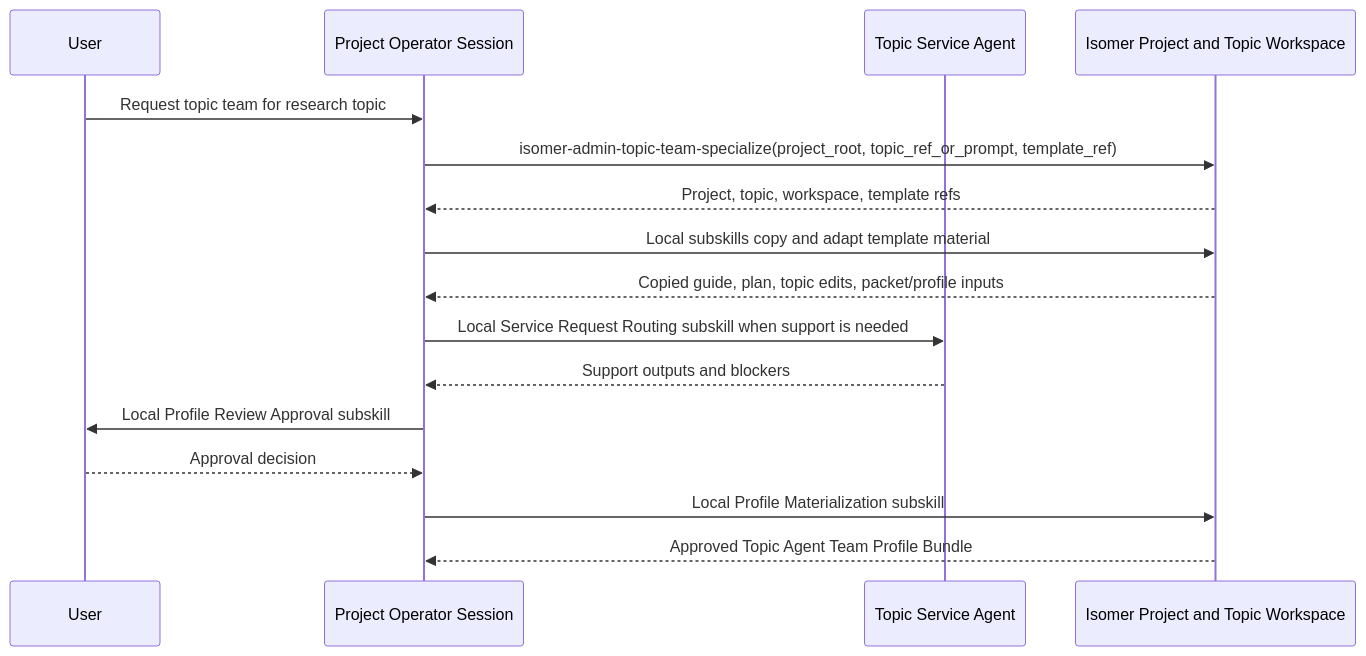
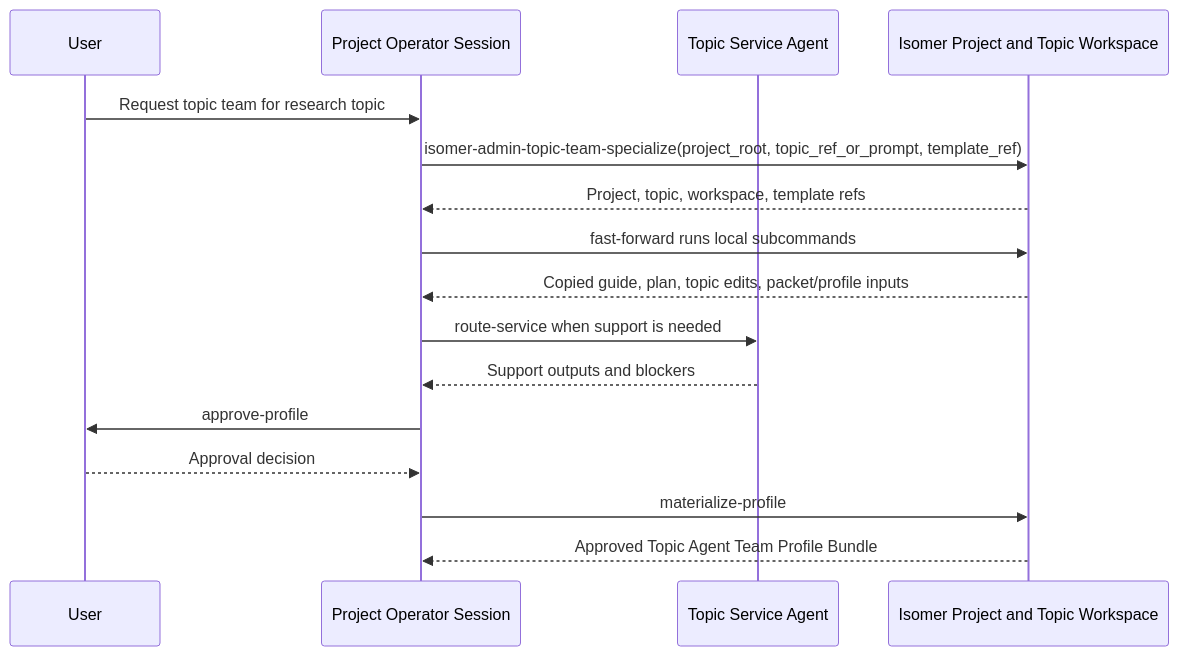
One commit to CodeGandee/isomer-labs changed the first of 2 diagrams in skillset/operator/README.md. Above: the diagram before and after it, drawn with Mermaid. The commit also changed other lines of this file and 20 other files, not shown here.

````diff
--- a/skillset/operator/README.md
+++ b/skillset/operator/README.md
@@ -21,19 +22,19 @@
 ```mermaid
 sequenceDiagram
     participant User
     participant Operator as Project Operator Session
     participant Service as Topic Service Agent
     participant Store as Isomer Project and Topic Workspace
 
     User->>Operator: Request topic team for research topic
     Operator->>Store: isomer-admin-topic-team-specialize(project_root, topic_ref_or_prompt, template_ref)
     Store-->>Operator: Project, topic, workspace, template refs
-    Operator->>Store: Local subskills copy and adapt template material
+    Operator->>Store: fast-forward runs local subcommands
     Store-->>Operator: Copied guide, plan, topic edits, packet/profile inputs
-    Operator->>Service: Local Service Request Routing subskill when support is needed
+    Operator->>Service: route-service when support is needed
     Service-->>Operator: Support outputs and blockers
-    Operator->>User: Local Profile Review Approval subskill
+    Operator->>User: approve-profile
     User-->>Operator: Approval decision
-    Operator->>Store: Local Profile Materialization subskill
+    Operator->>Store: materialize-profile
     Store-->>Operator: Approved Topic Agent Team Profile Bundle
 ```
````
